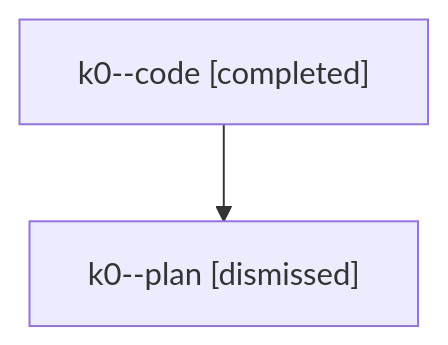
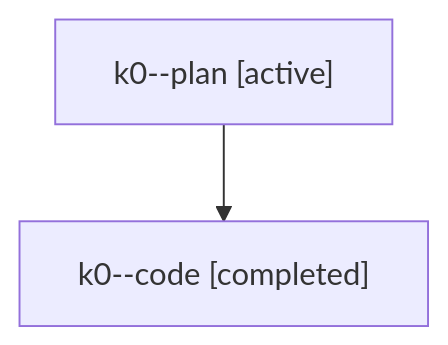
Before and after one commit to sase-org/sase--agents: the diagram in families/bbugyi200.athena.k0.md, drawn with Mermaid. The commit also changed other lines of this file and 8679 other files, not shown here.

````diff
--- a/families/bbugyi200.athena.k0.md
+++ b/families/bbugyi200.athena.k0.md
@@ -9,6 +9,6 @@
 ```mermaid
 flowchart TD
-  n0["k0--code [completed]"]
-  n1["k0--plan [dismissed]"]
+  n0["k0--plan [active]"]
+  n1["k0--code [completed]"]
   n0 --> n1
 ```
````
